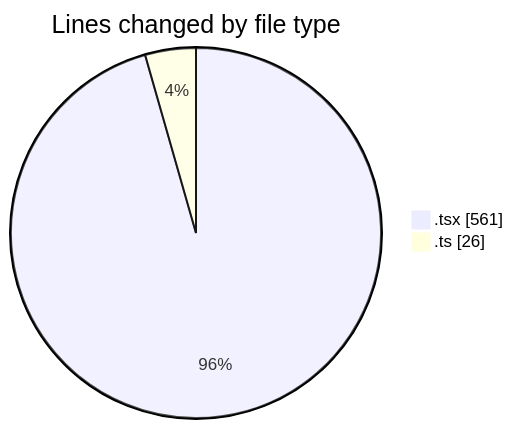
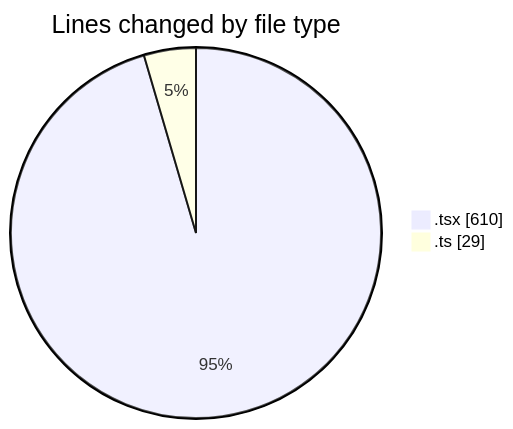
One commit to nxtqubesakshisongat/code-tracking changed the first of 2 diagrams in 2026-07-26/nxtqube_webapp/README.md. Above: the diagram before and after it, drawn with Mermaid. The commit also changed other lines of this file and 1 other file, not shown here.

````diff
--- a/2026-07-26/nxtqube_webapp/README.md
+++ b/2026-07-26/nxtqube_webapp/README.md
@@ -27,6 +27,6 @@
 ```mermaid
 pie showData
 title Lines changed by file type
-".tsx" : 561
-".ts" : 26
+".tsx" : 610
+".ts" : 29
 ```
````
